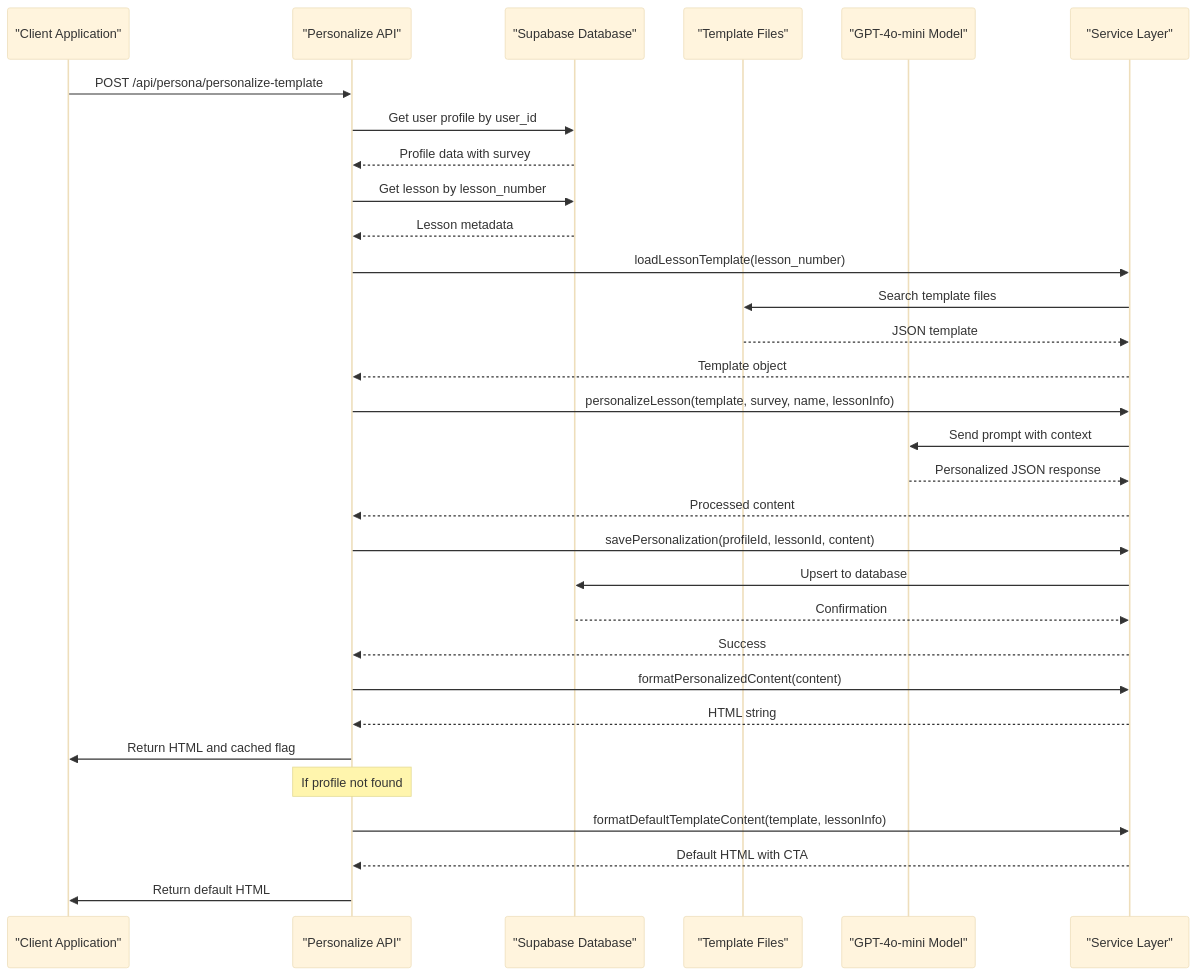
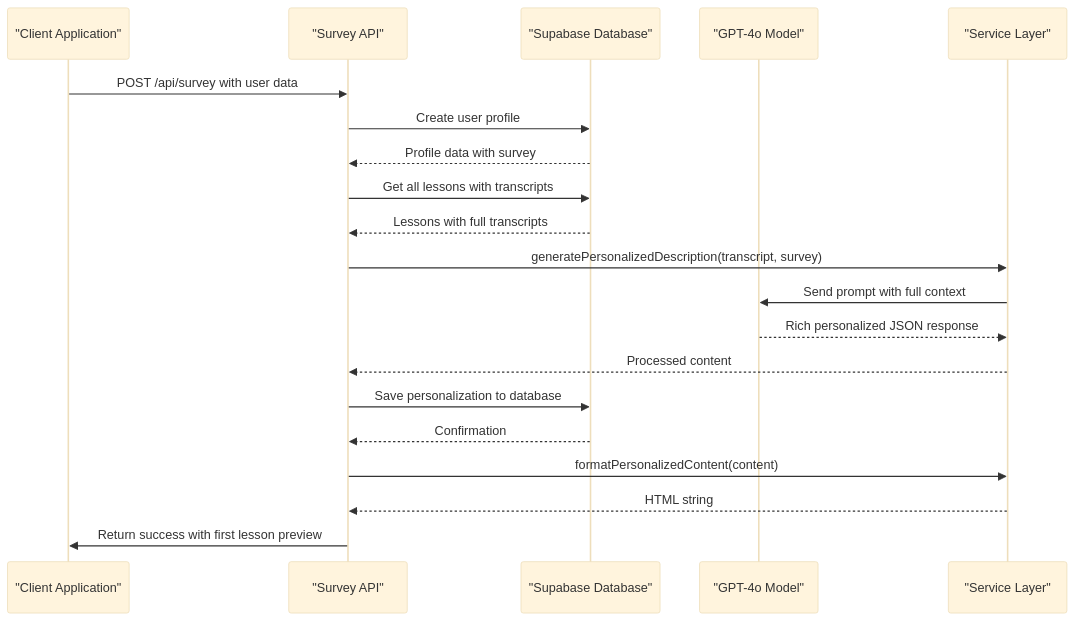
The first of 5 diagrams in .qoder/repowiki/en/content/Personalization Engine/Personalization Engine.md (lommaks777/pesonalisev2), drawn with Mermaid (base theme) before and after one commit. The commit also changed other lines of this file and 42 other files, not shown here.

````diff
--- a/.qoder/repowiki/en/content/Personalization Engine/Personalization Engine.md
+++ b/.qoder/repowiki/en/content/Personalization Engine/Personalization Engine.md
@@ -59,33 +53,22 @@
 ```mermaid
 sequenceDiagram
 participant Client as "Client Application"
-participant API as "Personalize API"
+participant API as "Survey API"
 participant Supabase as "Supabase Database"
-participant FileSystem as "Template Files"
-participant OpenAI as "GPT-4o-mini Model"
+participant OpenAI as "GPT-4o Model"
 participant Services as "Service Layer"
-Client->>API : POST /api/persona/personalize-template
-API->>Supabase : Get user profile by user_id
+Client->>API : POST /api/survey with user data
+API->>Supabase : Create user profile
 Supabase-->>API : Profile data with survey
-API->>Supabase : Get lesson by lesson_number
-Supabase-->>API : Lesson metadata
-API->>Services : loadLessonTemplate(lesson_number)
-Services->>FileSystem : Search template files
-FileSystem-->>Services : JSON template
-Services-->>API : Template object
-API->>Services : personalizeLesson(template, survey, name, lessonInfo)
-Services->>OpenAI : Send prompt with context
-OpenAI-->>Services : Personalized JSON response
+API->>Supabase : Get all lessons with transcripts
+Supabase-->>API : Lessons with full transcripts
+API->>Services : generatePersonalizedDescription(transcript, survey)
+Services->>OpenAI : Send prompt with full context
+OpenAI-->>Services : Rich personalized JSON response
 Services-->>API : Processed content
-API->>Services : savePersonalization(profileId, lessonId, content)
-Services->>Supabase : Upsert to database
-Supabase-->>Services : Confirmation
-Services-->>API : Success
+API->>Supabase : Save personalization to database
+Supabase-->>API : Confirmation
 API->>Services : formatPersonalizedContent(content)
 Services-->>API : HTML string
-API->>Client : Return HTML and cached flag
-Note over API : If profile not found
-API->>Services : formatDefaultTemplateContent(template, lessonInfo)
-Services-->>API : Default HTML with CTA
-API->>Client : Return default HTML
+API->>Client : Return success with first lesson preview
 ```
````
